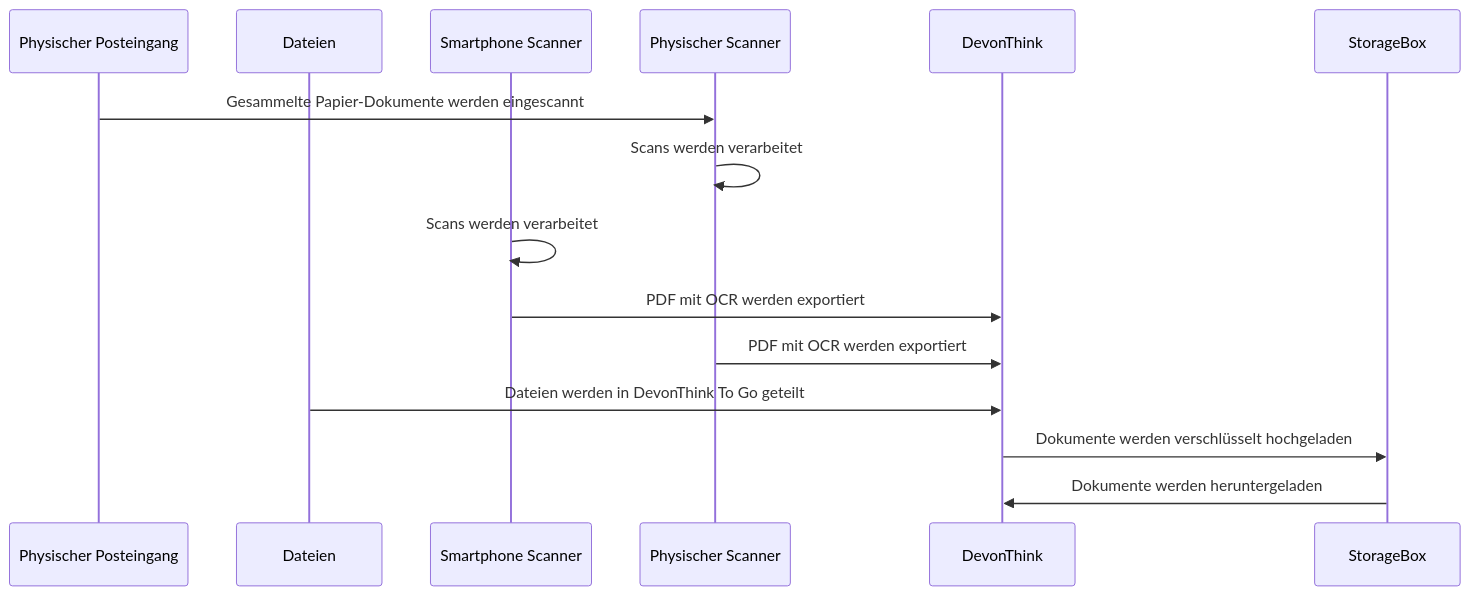
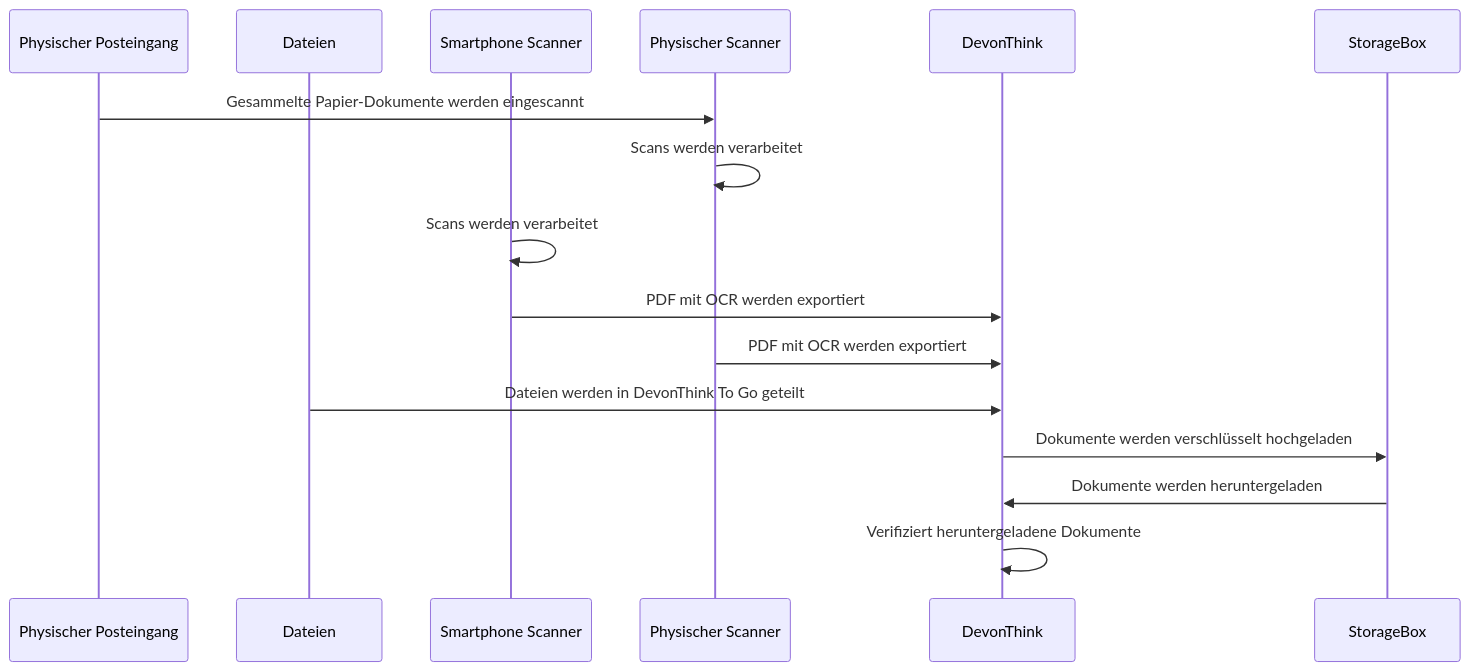
Before and after one commit to md42/arc42-website: the second of 2 diagrams in docs/verteilung/HomeOffice/paperless-office.md, drawn with Mermaid. The commit also changed other lines of this file, not shown here.

````diff
--- a/docs/verteilung/HomeOffice/paperless-office.md
+++ b/docs/verteilung/HomeOffice/paperless-office.md
@@ -50,19 +61,21 @@
 ```mermaid
 sequenceDiagram
     participant i as Physischer Posteingang
     participant p as Dateien
     participant r as Smartphone Scanner
     participant s as Physischer Scanner
     participant d as DevonThink
     participant f as StorageBox
 
     i ->> s: Gesammelte Papier-Dokumente werden eingescannt
     s ->> s: Scans werden verarbeitet
     r ->> r: Scans werden verarbeitet
     r ->> d: PDF mit OCR werden exportiert
     s ->> d: PDF mit OCR werden exportiert
     p ->> d: Dateien werden in DevonThink To Go geteilt
     d ->> f: Dokumente werden verschlüsselt hochgeladen
 
     f ->> d: Dokumente werden heruntergeladen
+    d ->> d: Verifiziert heruntergeladene Dokumente
+
 ```
````
